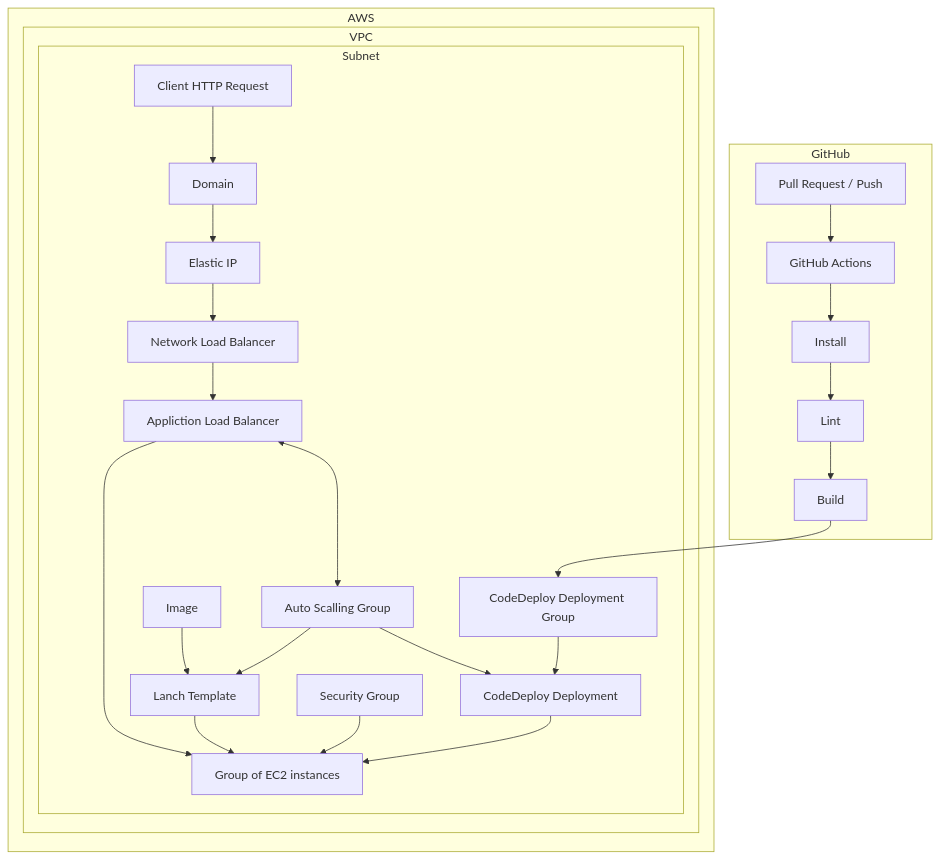
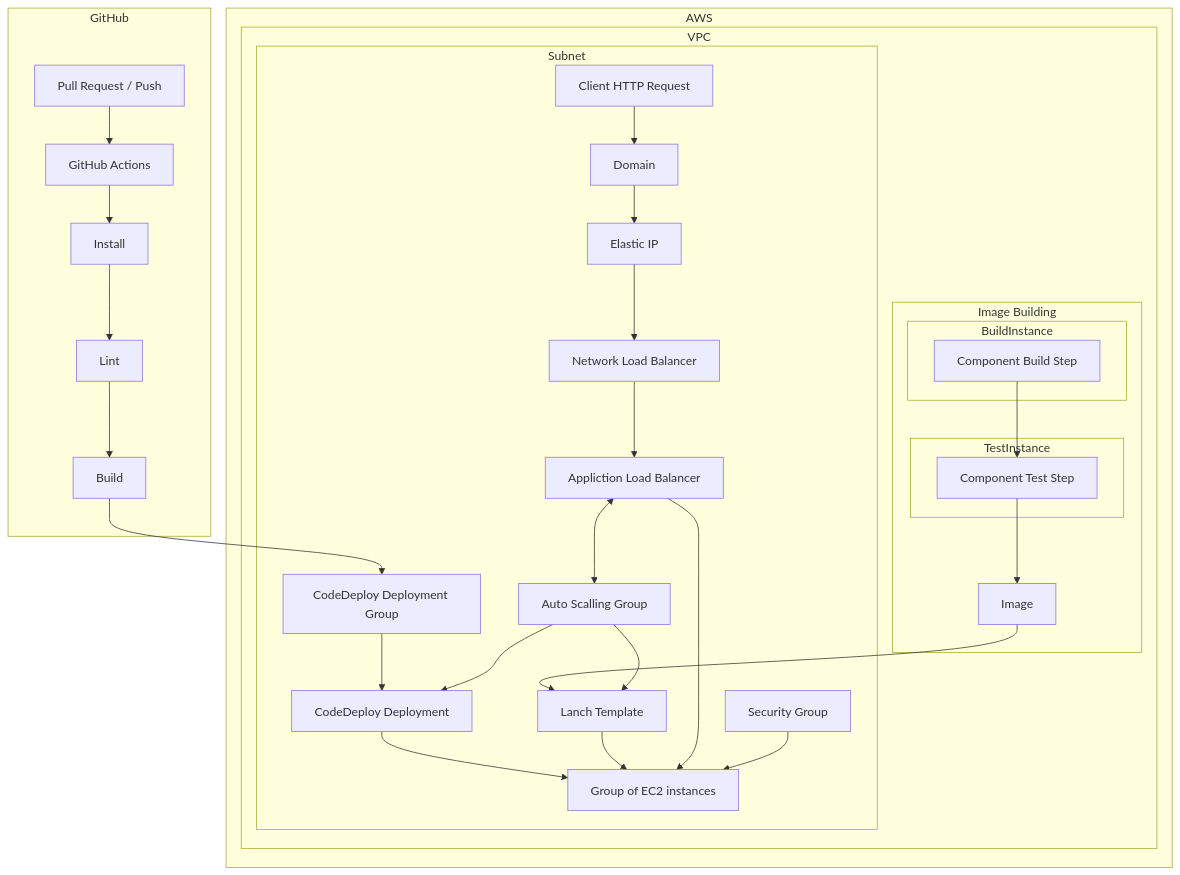
One commit to omer-priel/madabclick changed the second of 2 diagrams in README.md. Above: the diagram before and after it, drawn with Mermaid. The commit also changed other lines of this file and 16 other files, not shown here.

````diff
--- a/README.md
+++ b/README.md
@@ -30,23 +29,32 @@
 ```mermaid
 flowchart TD
   subgraph GitHub
     PR[Pull Request / Push] --> GA[GitHub Actions] --> GInstall[Install] --> GLint[Lint] --> GBuild[Build] 
   end
 
   subgraph AWS
     subgraph VPC
+      subgraph Image Building
+        subgraph BuildInstance
+          ImageComponentBuild[Component Build Step]
+        end
+        subgraph TestInstance
+          ImageComponentTest[Component Test Step]
+        end
+        ImageComponentBuild --> ImageComponentTest --> Image
+      end
       subgraph Subnet
         CodeDeploy[CodeDeploy Deployment Group] --> Deployment[CodeDeploy Deployment] --> EC2[Group of EC2 instances]
         Image --> LT[Lanch Template]
         ASG[Auto Scalling Group] --> LT --> EC2
         ASG --> Deployment
         CHR[Client HTTP Request] --> Domain --> EIP[Elastic IP] --> NLB[Network Load Balancer]
         NLB --> ALB[Appliction Load Balancer] --> EC2
         SG[Security Group] --> EC2
-        ALB <---> ASG
+        ALB <--> ASG
       end
     end
   end
     
   GBuild --> CodeDeploy
 ```
````
